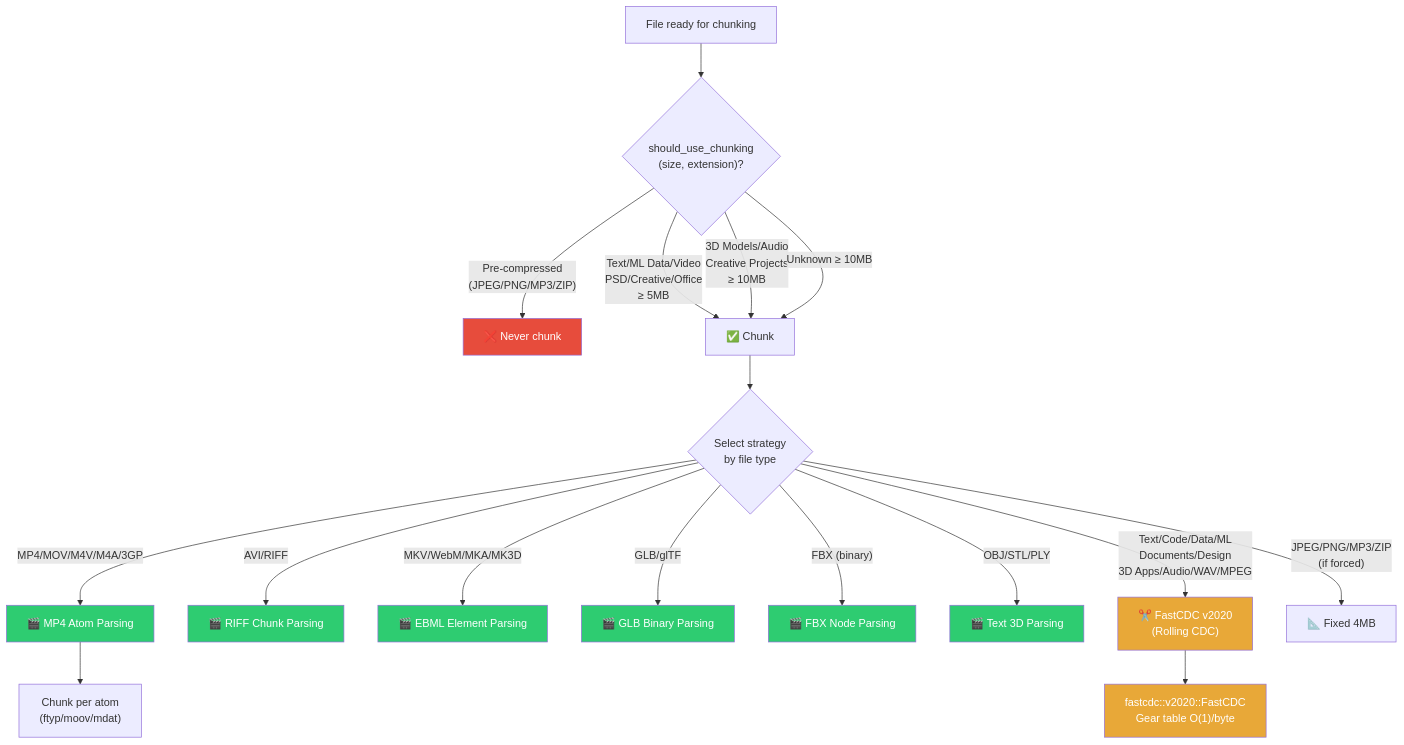
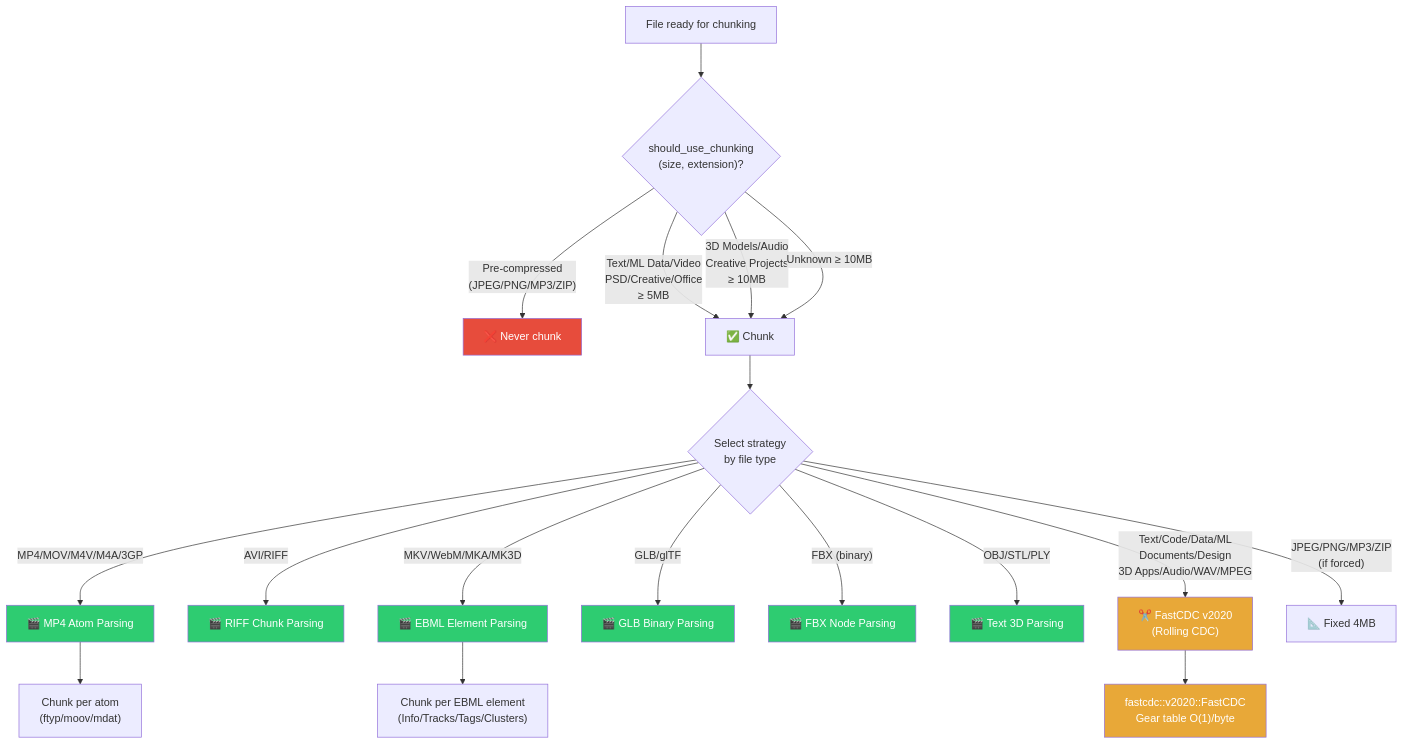
Before and after one commit to winnyboy5/mediagit-core: the fourth of 12 diagrams in ARCHITECTURE.md, drawn with Mermaid. The commit also changed other lines of this file and 41 other files, not shown here.

````diff
--- a/ARCHITECTURE.md
+++ b/ARCHITECTURE.md
@@ -299,30 +299,31 @@
 ```mermaid
 graph TD
     A["File ready for chunking"] --> B{"should_use_chunking<br/>(size, extension)?"}
     B -->|"Pre-compressed<br/>(JPEG/PNG/MP3/ZIP)"| C["❌ Never chunk"]
     B -->|"Text/ML Data/Video<br/>PSD/Creative/Office<br/>≥ 5MB"| D["✅ Chunk"]
     B -->|"3D Models/Audio<br/>Creative Projects<br/>≥ 10MB"| D
     B -->|"Unknown ≥ 10MB"| D
     D --> E{"Select strategy<br/>by file type"}
     E -->|"MP4/MOV/M4V/M4A/3GP"| F["🎬 MP4 Atom Parsing"]
     E -->|"AVI/RIFF"| G["🎬 RIFF Chunk Parsing"]
     E -->|"MKV/WebM/MKA/MK3D"| H["🎬 EBML Element Parsing"]
     E -->|"GLB/glTF"| I["🎬 GLB Binary Parsing"]
     E -->|"FBX (binary)"| J["🎬 FBX Node Parsing"]
     E -->|"OBJ/STL/PLY"| K["🎬 Text 3D Parsing"]
     E -->|"Text/Code/Data/ML<br/>Documents/Design<br/>3D Apps/Audio/WAV/MPEG"| L["✂️ FastCDC v2020<br/>(Rolling CDC)"]
     E -->|"JPEG/PNG/MP3/ZIP<br/>(if forced)"| M["📐 Fixed 4MB"]
 
     L --> N["fastcdc::v2020::FastCDC<br/>Gear table O(1)/byte"]
     F --> O["Chunk per atom<br/>(ftyp/moov/mdat)"]
+    H --> P["Chunk per EBML element<br/>(Info/Tracks/Tags/Clusters)"]
 
     style L fill:#E8A838,color:#fff
     style N fill:#E8A838,color:#fff
     style F fill:#2ECC71,color:#fff
     style G fill:#2ECC71,color:#fff
     style H fill:#2ECC71,color:#fff
     style I fill:#2ECC71,color:#fff
     style J fill:#2ECC71,color:#fff
     style K fill:#2ECC71,color:#fff
     style C fill:#e74c3c,color:#fff
 ```
````
